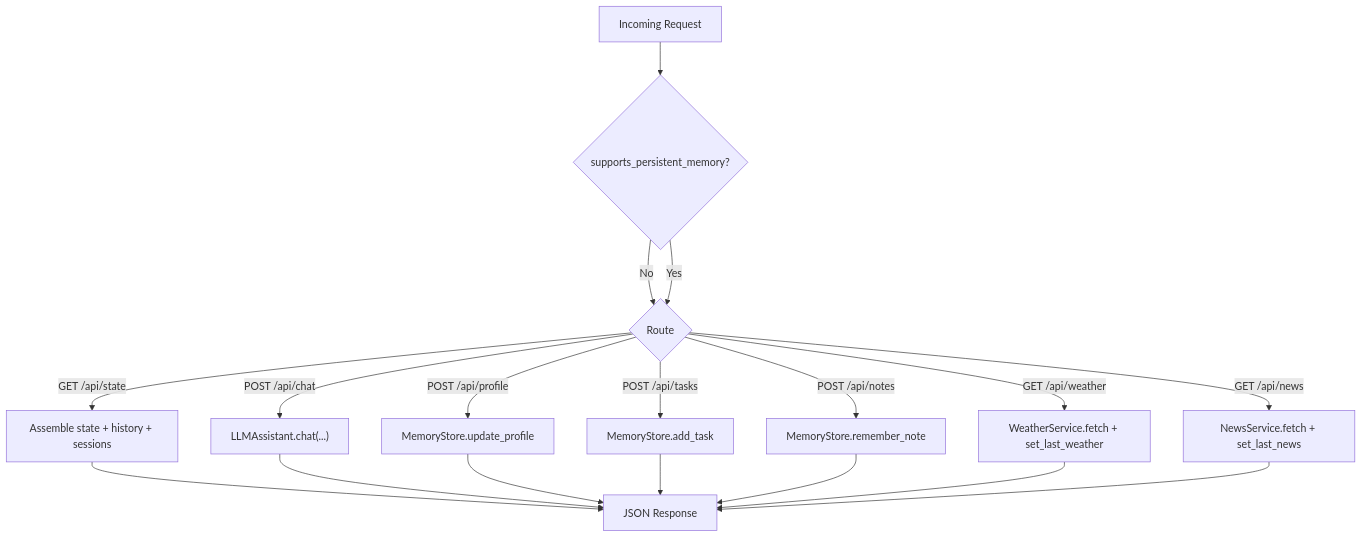
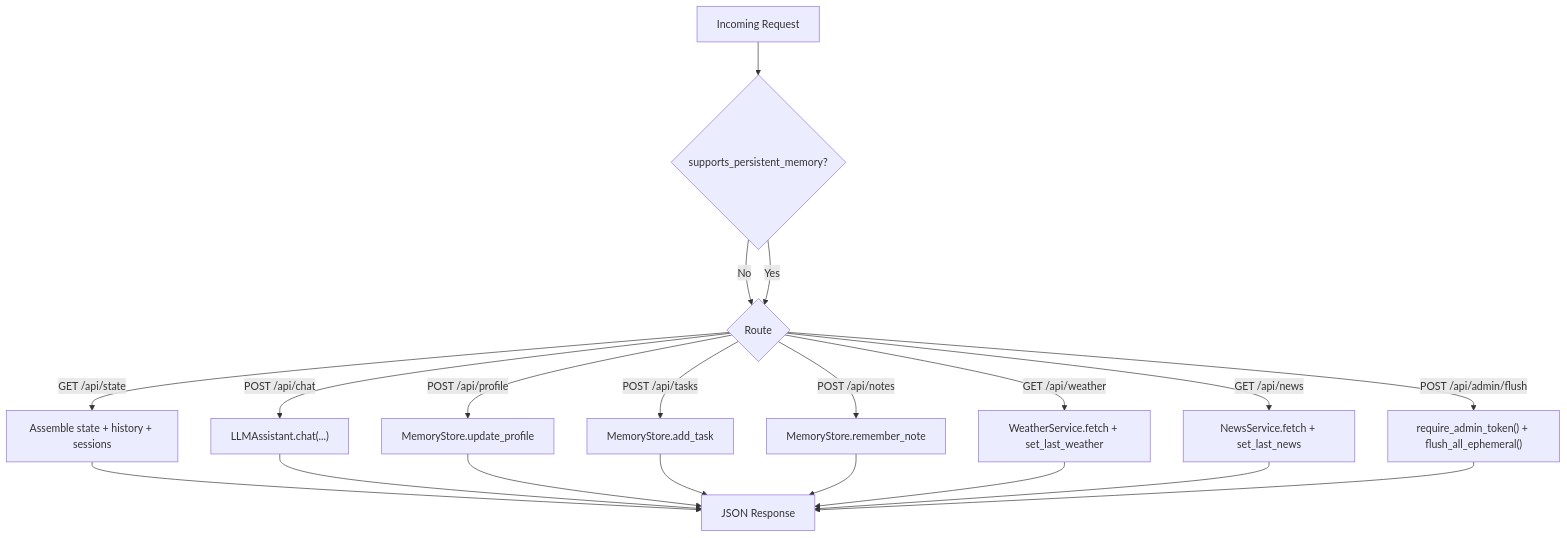
One commit to Sovetsky-Soyuz/AI-Assistant changed the eighth of 11 diagrams in .qoder/repowiki/en/content/Backend Components/AI Assistant Engine/Memory Integration and Data Persistence.md. Above: the diagram before and after it, drawn with Mermaid. The commit also changed other lines of this file and 15 other files, not shown here.

````diff
--- a/.qoder/repowiki/en/content/Backend Components/AI Assistant Engine/Memory Integration and Data Persistence.md
+++ b/.qoder/repowiki/en/content/Backend Components/AI Assistant Engine/Memory Integration and Data Persistence.md
@@ -376,20 +443,22 @@
 ```mermaid
 flowchart TD
 Req["Incoming Request"] --> CheckMode{"supports_persistent_memory?"}
 CheckMode --> |No| Route{"Route"}
 CheckMode --> |Yes| Route
 Route --> |GET /api/state| State["Assemble state + history + sessions"]
 Route --> |POST /api/chat| Chat["LLMAssistant.chat(...)"]
 Route --> |POST /api/profile| Prof["MemoryStore.update_profile"]
 Route --> |POST /api/tasks| Task["MemoryStore.add_task"]
 Route --> |POST /api/notes| Note["MemoryStore.remember_note"]
 Route --> |GET /api/weather| Wthr["WeatherService.fetch + set_last_weather"]
 Route --> |GET /api/news| News["NewsService.fetch + set_last_news"]
+Route --> |POST /api/admin/flush| Admin["require_admin_token() + flush_all_ephemeral()"]
 State --> Resp["JSON Response"]
 Chat --> Resp
 Prof --> Resp
 Task --> Resp
 Note --> Resp
 Wthr --> Resp
 News --> Resp
+Admin --> Resp
 ```
````
